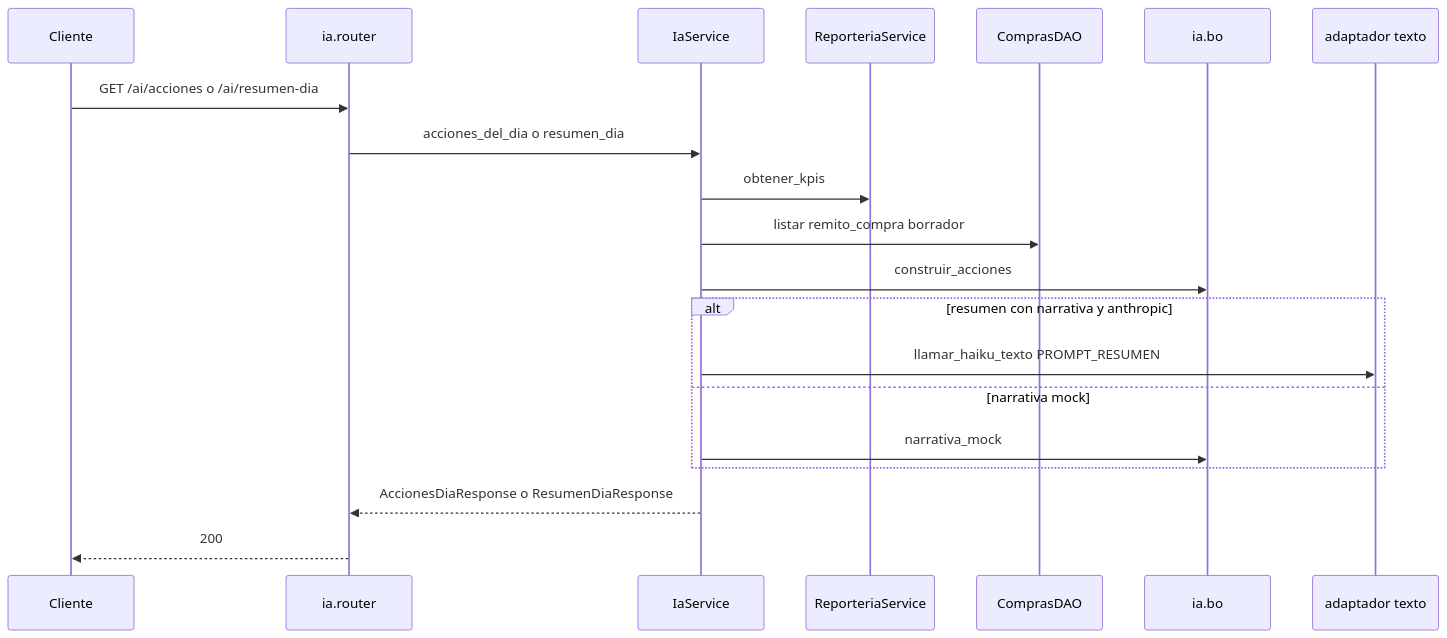
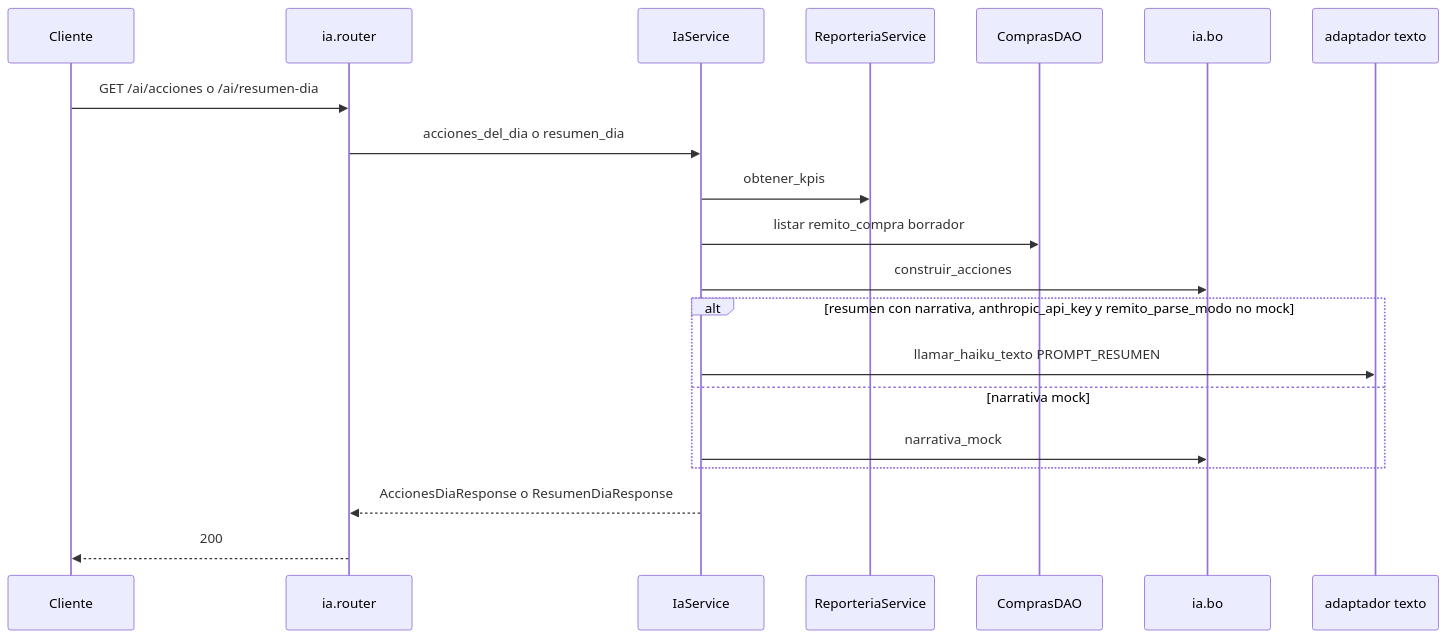
One commit to estsan3/ventas360-api changed the second of 3 diagrams in docs/diagramas/ia.md. Above: the diagram before and after it, drawn with Mermaid. The commit also changed other lines of this file and 16 other files, not shown here.

First line of the commit message:
docs: diagramas de secuencia por módulo (sync 2026-09-15)

````diff
--- a/docs/diagramas/ia.md
+++ b/docs/diagramas/ia.md
@@ -44,23 +46,23 @@
 ```mermaid
 sequenceDiagram
     participant Cliente
     participant Router as ia.router
     participant Service as IaService
     participant Reporteria as ReporteriaService
     participant Compras as ComprasDAO
     participant BO as ia.bo
     participant LLM as adaptador texto
 
     Cliente->>Router: GET /ai/acciones o /ai/resumen-dia
     Router->>Service: acciones_del_dia o resumen_dia
     Service->>Reporteria: obtener_kpis
     Service->>Compras: listar remito_compra borrador
     Service->>BO: construir_acciones
-    alt resumen con narrativa y anthropic
+    alt resumen con narrativa, anthropic_api_key y remito_parse_modo no mock
         Service->>LLM: llamar_haiku_texto PROMPT_RESUMEN
     else narrativa mock
         Service->>BO: narrativa_mock
     end
     Service-->>Router: AccionesDiaResponse o ResumenDiaResponse
     Router-->>Cliente: 200
 ```
````
